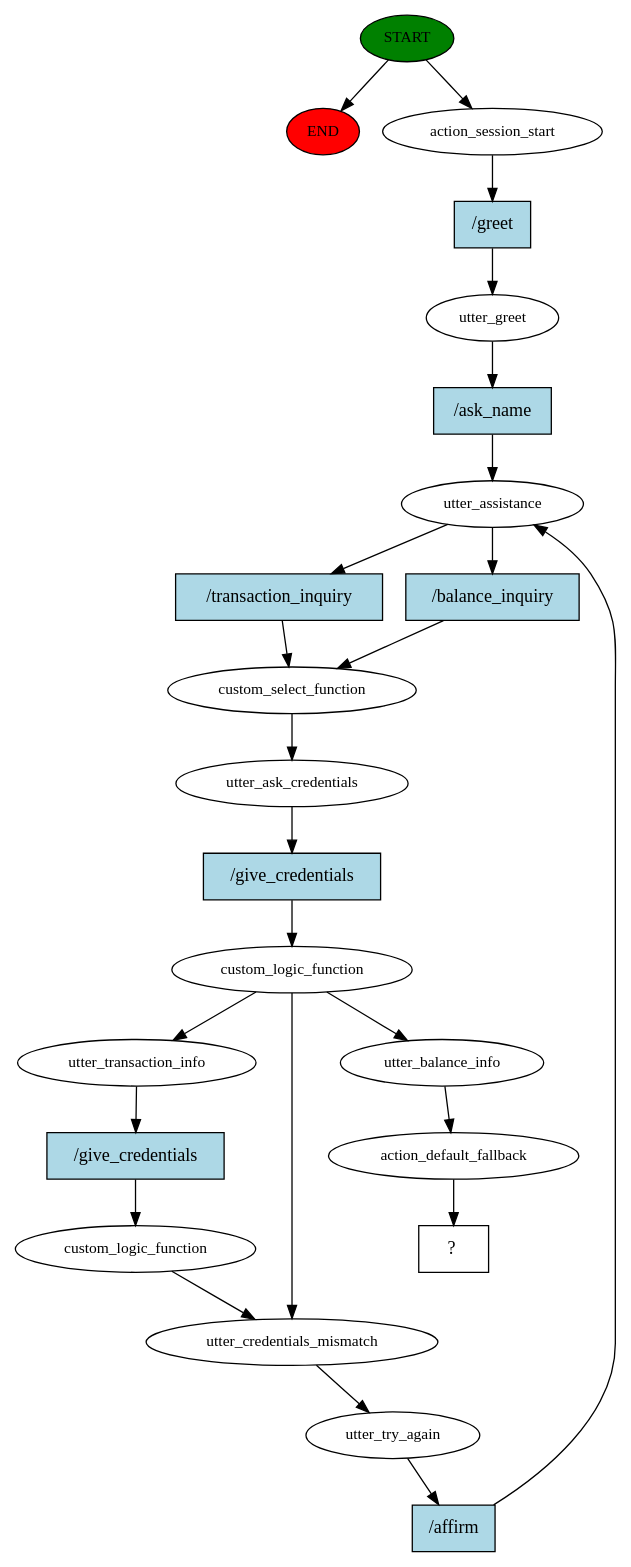
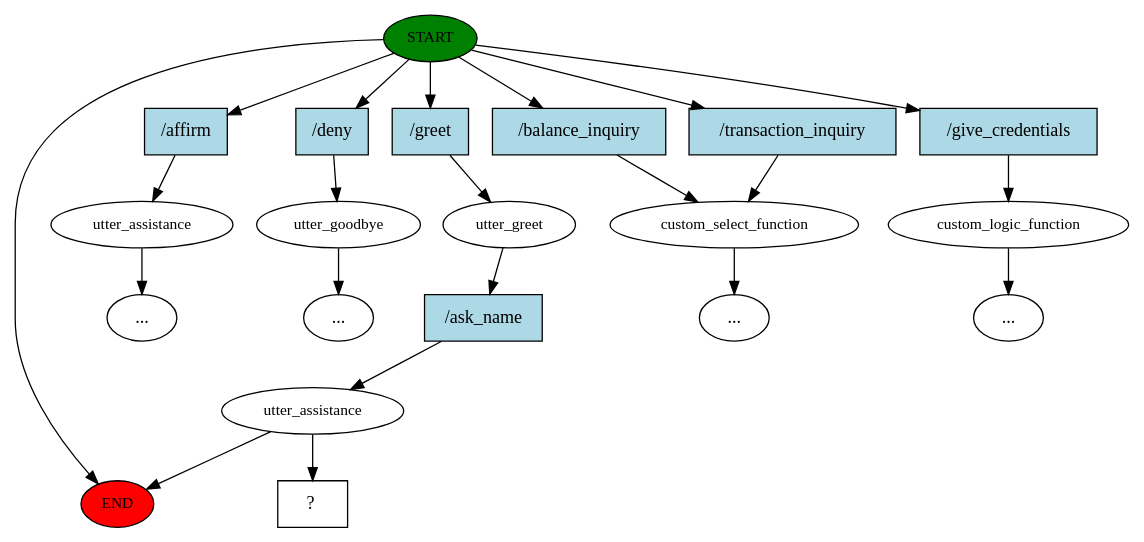
One commit to PascalRai/financial_bot changed the diagram in story_graph.dot. Above: the diagram before and after it, drawn with Graphviz. The commit also changed 2 other files, not shown here.

```diff
--- a/story_graph.dot
+++ b/story_graph.dot
@@ -1,48 +1,43 @@
 digraph  {
 0 [class="start active", fillcolor=green, fontsize=12, label=START, style=filled];
 "-1" [class=end, fillcolor=red, fontsize=12, label=END, style=filled];
-1 [class=active, fontsize=12, label=action_session_start];
-2 [class=active, fontsize=12, label=utter_greet];
-3 [class=active, fontsize=12, label=utter_assistance];
-4 [class=active, fontsize=12, label=custom_select_function];
-5 [class=active, fontsize=12, label=utter_ask_credentials];
-6 [class=active, fontsize=12, label=custom_logic_function];
-7 [class=active, fontsize=12, label=utter_transaction_info];
-8 [class=active, fontsize=12, label=custom_logic_function];
-9 [class=active, fontsize=12, label=utter_credentials_mismatch];
-10 [class=active, fontsize=12, label=utter_try_again];
-21 [class=active, fontsize=12, label=utter_balance_info];
-22 [class=active, fontsize=12, label=action_default_fallback];
-23 [class="intent dashed active", label="  ?  ", shape=rect];
-24 [class="intent active", fillcolor=lightblue, label="/greet", shape=rect, style=filled];
-25 [class="intent active", fillcolor=lightblue, label="/ask_name", shape=rect, style=filled];
-26 [class="intent active", fillcolor=lightblue, label="/transaction_inquiry", shape=rect, style=filled];
-27 [class="intent active", fillcolor=lightblue, label="/balance_inquiry", shape=rect, style=filled];
-28 [class="intent active", fillcolor=lightblue, label="/give_credentials", shape=rect, style=filled];
-29 [class="intent active", fillcolor=lightblue, label="/give_credentials", shape=rect, style=filled];
-30 [class="intent active", fillcolor=lightblue, label="/affirm", shape=rect, style=filled];
+1 [class="", fontsize=12, label=utter_assistance];
+"-3" [class=ellipsis, label="..."];
+2 [class="", fontsize=12, label=utter_goodbye];
+"-4" [class=ellipsis, label="..."];
+3 [class=active, fontsize=12, label=utter_greet];
+4 [class=active, fontsize=12, label=utter_assistance];
+5 [class="", fontsize=12, label=custom_select_function];
+"-6" [class=ellipsis, label="..."];
+7 [class="", fontsize=12, label=custom_logic_function];
+"-10" [class=ellipsis, label="..."];
+13 [class="intent dashed active", label="  ?  ", shape=rect];
+14 [class=intent, fillcolor=lightblue, label="/affirm", shape=rect, style=filled];
+15 [class=intent, fillcolor=lightblue, label="/deny", shape=rect, style=filled];
+16 [class="intent active", fillcolor=lightblue, label="/greet", shape=rect, style=filled];
+17 [class=intent, fillcolor=lightblue, label="/balance_inquiry", shape=rect, style=filled];
+18 [class=intent, fillcolor=lightblue, label="/transaction_inquiry", shape=rect, style=filled];
+19 [class=intent, fillcolor=lightblue, label="/give_credentials", shape=rect, style=filled];
+20 [class="intent active", fillcolor=lightblue, label="/ask_name", shape=rect, style=filled];
 0 -> "-1"  [class="", key=NONE, label=""];
-0 -> 1  [class=active, key=NONE, label=""];
-1 -> 24  [class=active, key=0];
-2 -> 25  [class=active, key=0];
-3 -> 26  [class=active, key=0];
-3 -> 27  [class=active, key=0];
-4 -> 5  [class=active, key=NONE, label=""];
-5 -> 28  [class=active, key=0];
-6 -> 7  [class=active, key=NONE, label=""];
-6 -> 21  [class=active, key=NONE, label=""];
-6 -> 9  [class=active, key=NONE, label=""];
-7 -> 29  [class=active, key=0];
-8 -> 9  [class=active, key=NONE, label=""];
-9 -> 10  [class=active, key=NONE, label=""];
-10 -> 30  [class=active, key=0];
-21 -> 22  [class=active, key=NONE, label=""];
-22 -> 23  [class=active, key=NONE, label=""];
-24 -> 2  [class=active, key=0];
-25 -> 3  [class=active, key=0];
-26 -> 4  [class=active, key=0];
-27 -> 4  [class=active, key=0];
-28 -> 6  [class=active, key=0];
-29 -> 8  [class=active, key=0];
-30 -> 3  [class=active, key=0];
+0 -> 14  [class="", key=0];
+0 -> 15  [class="", key=0];
+0 -> 16  [class=active, key=0];
+0 -> 17  [class="", key=0];
+0 -> 18  [class="", key=0];
+0 -> 19  [class="", key=0];
+1 -> "-3"  [class="", key=NONE, label=""];
+2 -> "-4"  [class="", key=NONE, label=""];
+3 -> 20  [class=active, key=0];
+4 -> "-1"  [class="", key=NONE, label=""];
+4 -> 13  [class=active, key=NONE, label=""];
+5 -> "-6"  [class="", key=NONE, label=""];
+7 -> "-10"  [class="", key=NONE, label=""];
+14 -> 1  [class="", key=0];
+15 -> 2  [class="", key=0];
+16 -> 3  [class=active, key=0];
+17 -> 5  [class="", key=0];
+18 -> 5  [class="", key=0];
+19 -> 7  [class="", key=0];
+20 -> 4  [class=active, key=0];
 }
```
